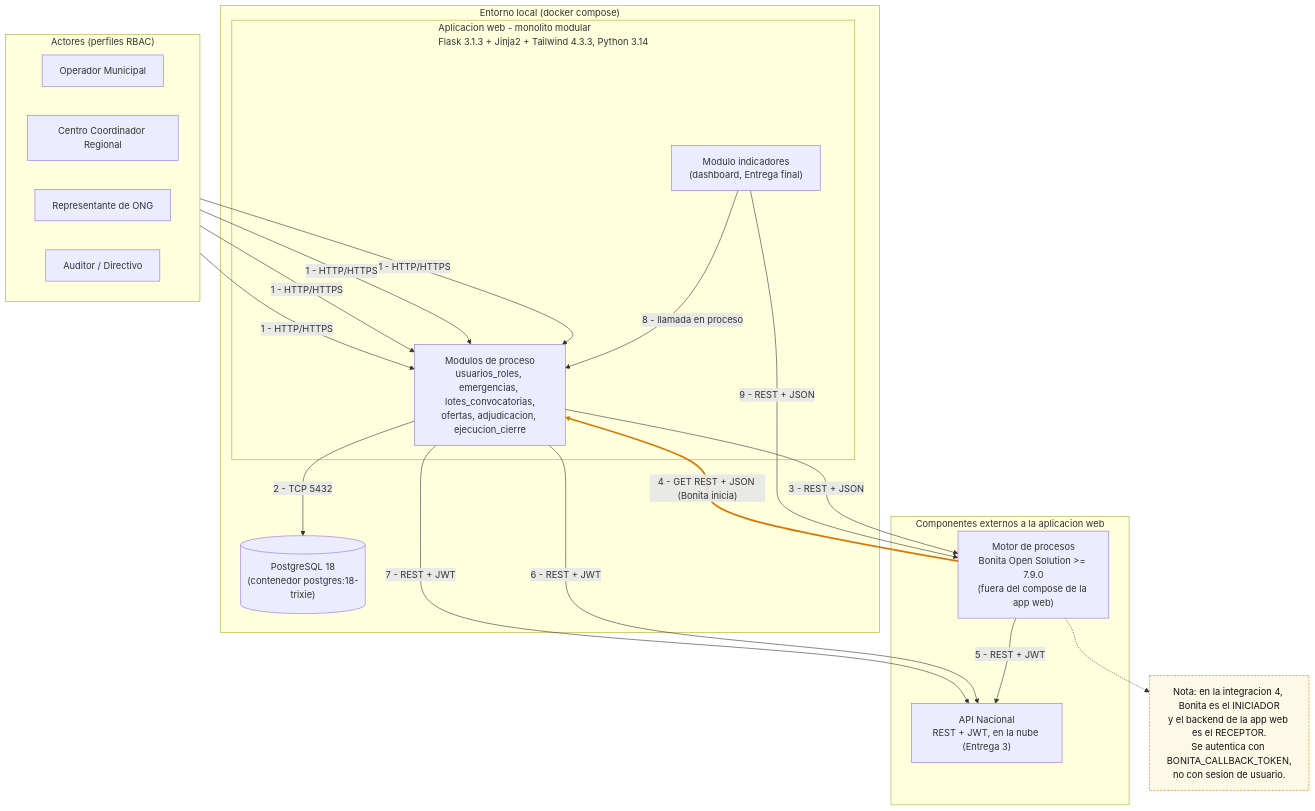
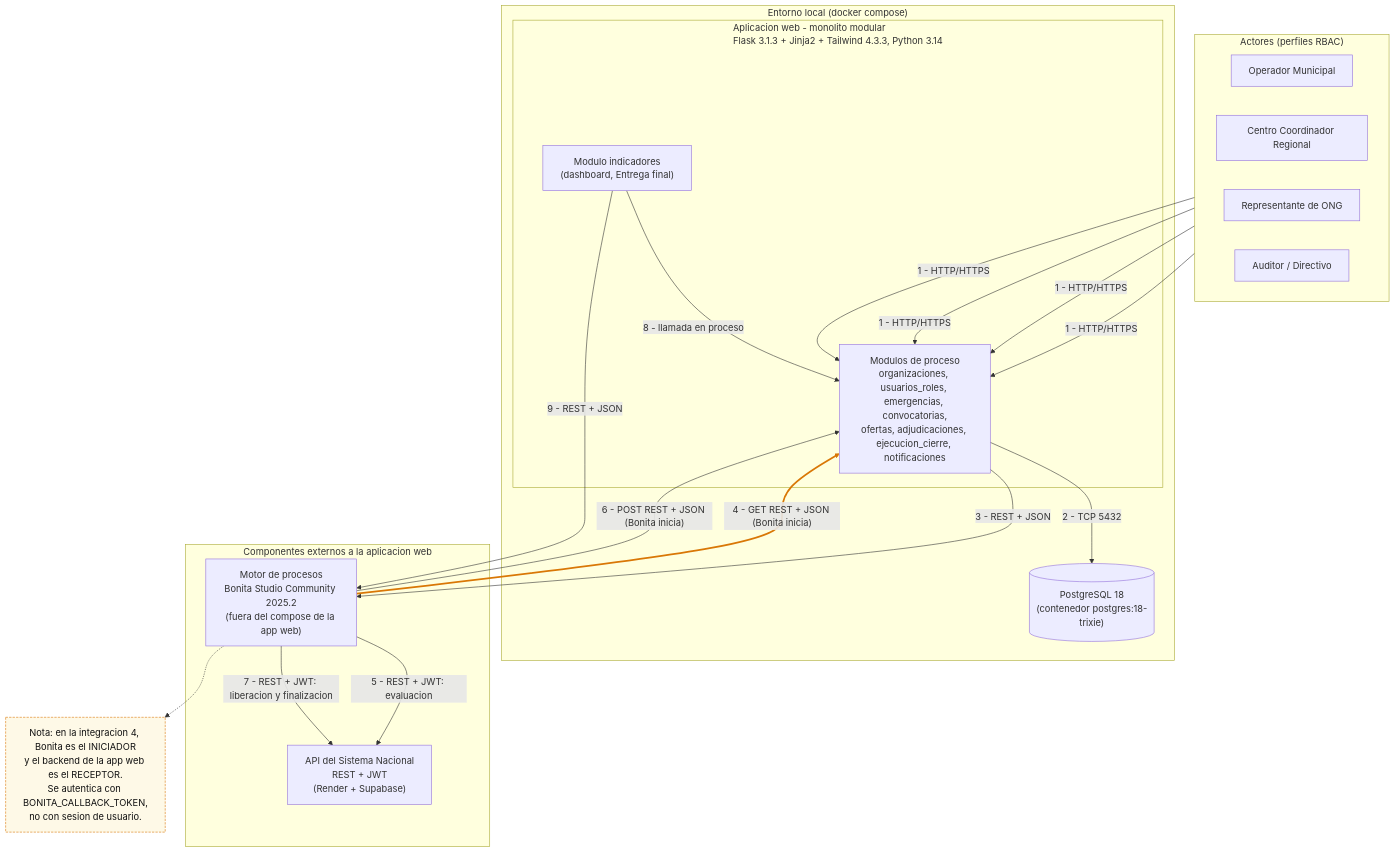
The first of 2 diagrams in docs/arquitectura/componentes.md (JoaquinManuelGonzalez/RescueSync-Web-App), drawn with Mermaid before and after one commit. The commit also changed other lines of this file and 10 other files, not shown here.

````diff
--- a/docs/arquitectura/componentes.md
+++ b/docs/arquitectura/componentes.md
@@ -25,44 +27,44 @@
 ```mermaid
 flowchart TB
     subgraph ACTORES["Actores (perfiles RBAC)"]
         direction LR
         OM["Operador Municipal"]
         CCR["Centro Coordinador Regional"]
         ONG["Representante de ONG"]
         AUD["Auditor / Directivo"]
     end
 
     subgraph LOCAL["Entorno local (docker compose)"]
         subgraph APPWEB["Aplicacion web - monolito modular<br/>Flask 3.1.3 + Jinja2 + Tailwind 4.3.3, Python 3.14"]
-            APP["Modulos de proceso<br/>usuarios_roles, emergencias, lotes_convocatorias,<br/>ofertas, adjudicacion, ejecucion_cierre"]
+            APP["Modulos de proceso<br/>organizaciones, usuarios_roles, emergencias, convocatorias,<br/>ofertas, adjudicaciones, ejecucion_cierre, notificaciones"]
             DASH["Modulo indicadores<br/>(dashboard, Entrega final)"]
         end
         DB[("PostgreSQL 18<br/>(contenedor postgres:18-trixie)")]
     end
 
     subgraph EXTERNOS["Componentes externos a la aplicacion web"]
-        BONITA["Motor de procesos<br/>Bonita Open Solution &gt;= 7.9.0<br/>(fuera del compose de la app web)"]
-        APINAC["API Nacional<br/>REST + JWT, en la nube (Entrega 3)"]
+        BONITA["Motor de procesos<br/>Bonita Studio Community 2025.2<br/>(fuera del compose de la app web)"]
+        APINAC["API del Sistema Nacional<br/>REST + JWT<br/>(Render + Supabase)"]
     end
 
     OM -->|"1 - HTTP/HTTPS"| APP
     CCR -->|"1 - HTTP/HTTPS"| APP
     ONG -->|"1 - HTTP/HTTPS"| APP
     AUD -->|"1 - HTTP/HTTPS"| APP
 
     APP -->|"2 - TCP 5432"| DB
     APP -->|"3 - REST + JSON"| BONITA
     BONITA ==>|"4 - GET REST + JSON (Bonita inicia)"| APP
-    BONITA -->|"5 - REST + JWT"| APINAC
-    APP -->|"6 - REST + JWT"| APINAC
-    APP -->|"7 - REST + JWT"| APINAC
+    BONITA -->|"5 - REST + JWT: evaluacion"| APINAC
+    BONITA -->|"6 - POST REST + JSON (Bonita inicia)"| APP
+    BONITA -->|"7 - REST + JWT: liberacion y finalizacion"| APINAC
     DASH -->|"8 - llamada en proceso"| APP
     DASH -->|"9 - REST + JSON"| BONITA
 
     NOTA4["Nota: en la integracion 4, Bonita es el INICIADOR<br/>y el backend de la app web es el RECEPTOR.<br/>Se autentica con BONITA_CALLBACK_TOKEN,<br/>no con sesion de usuario."]
     BONITA -.-> NOTA4
 
     classDef nota fill:#fef9e7,stroke:#d97706,stroke-width:1px,stroke-dasharray: 4 2,color:#111
     class NOTA4 nota
     linkStyle 6 stroke:#d97706,stroke-width:3px
 ```
````
